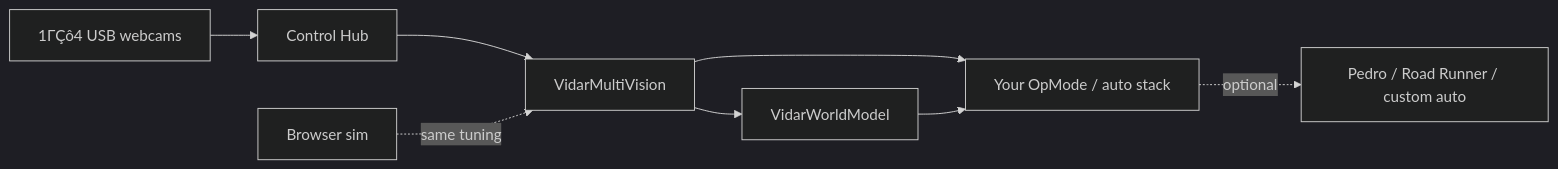
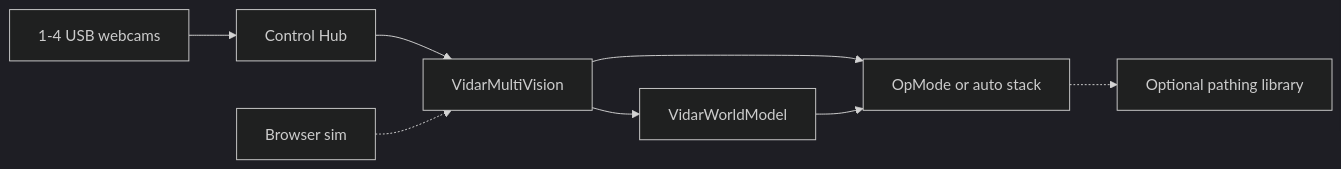
Before and after one commit to The-Allsparks/ViDAR: the diagram in README.md, drawn with Mermaid (dark theme). The commit also changed 1 other file, not shown here.

Commit message:
fix: make README mermaid diagram GitHub-safe

````diff
--- a/README.md
+++ b/README.md
@@ -220,10 +220,10 @@
 ```mermaid
 flowchart LR
-  Cam[1ΓÇô4 USB webcams] --> Hub[Control Hub]
-  Hub --> MV[VidarMultiVision]
-  MV --> WM[VidarWorldModel]
-  MV --> Op[Your OpMode / auto stack]
+  Cam["1-4 USB webcams"] --> Hub["Control Hub"]
+  Hub --> MV["VidarMultiVision"]
+  MV --> WM["VidarWorldModel"]
+  MV --> Op["OpMode or auto stack"]
   WM --> Op
-  Op -.->|optional| PED[Pedro / Road Runner / custom auto]
-  Sim[Browser sim] -.->|same tuning| MV
+  Op -.-> PED["Optional pathing library"]
+  Sim["Browser sim"] -.-> MV
 ```
````
